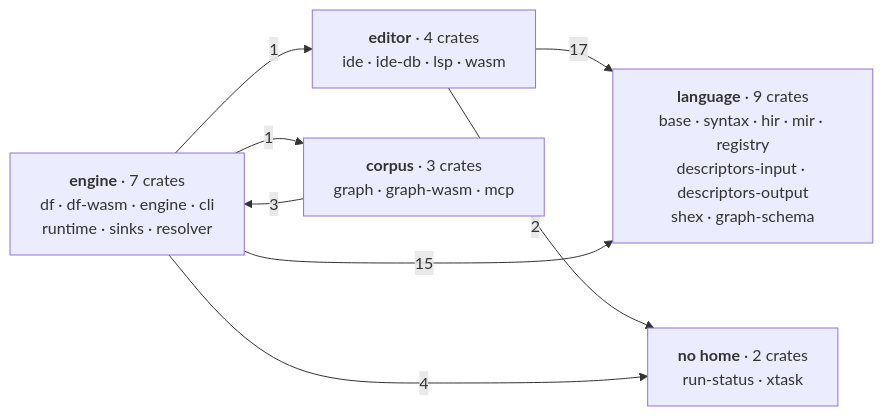
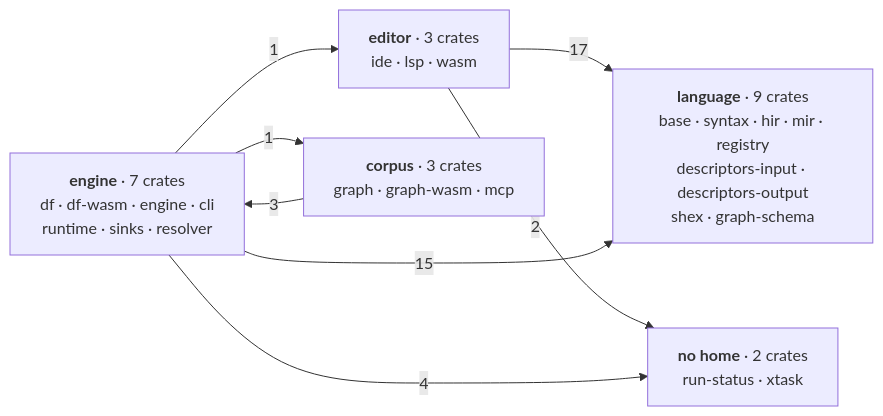
Before and after one commit to Kanzo-Tech/fossil-lang: the diagram in apps/docs/content/docs/(root)/architecture.mdx, drawn with Mermaid. The commit also changed other lines of this file and 82 other files, not shown here.

````diff
--- a/apps/docs/content/docs/(root)/architecture.mdx
+++ b/apps/docs/content/docs/(root)/architecture.mdx
@@ -17,16 +17,16 @@
 ```mermaid
 graph LR
   L["<b>language</b> · 9 crates<br/>base · syntax · hir · mir · registry<br/>descriptors-input · descriptors-output<br/>shex · graph-schema"]
-  E["<b>editor</b> · 4 crates<br/>ide · ide-db · lsp · wasm"]
+  E["<b>editor</b> · 3 crates<br/>ide · lsp · wasm"]
   M["<b>engine</b> · 7 crates<br/>df · df-wasm · engine · cli<br/>runtime · sinks · resolver"]
   C["<b>corpus</b> · 3 crates<br/>graph · graph-wasm · mcp"]
   X["<b>no home</b> · 2 crates<br/>run-status · xtask"]
 
   E -->|17| L
   M -->|15| L
   M -->|1| E
   M -->|1| C
   C -->|3| M
   E -->|2| X
   M -->|4| X
 ```
````
